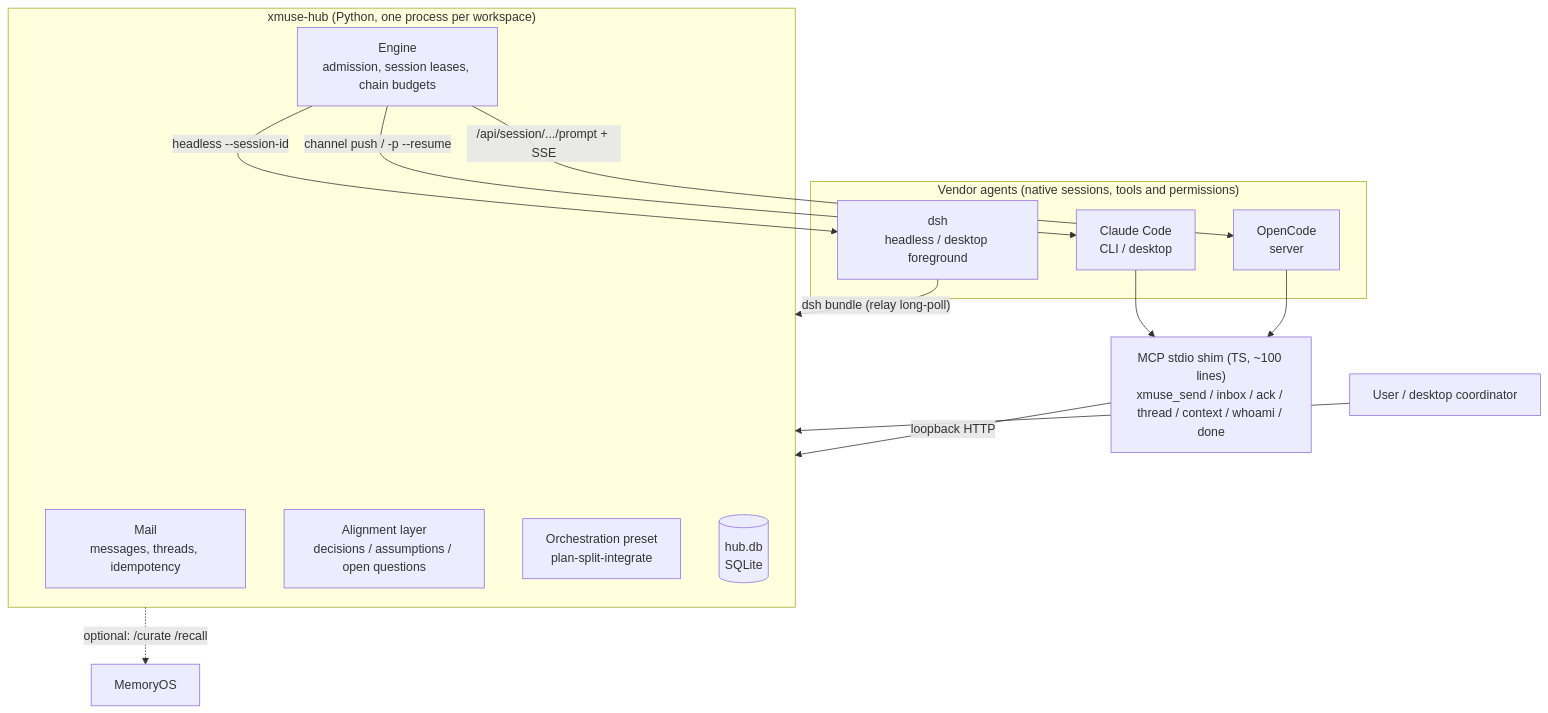
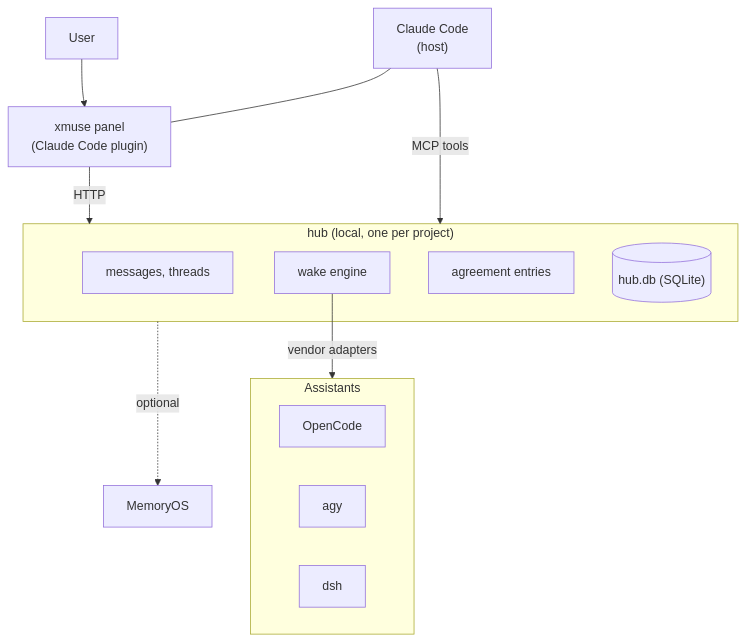
One commit to iiyazu/Cross-Muse changed the diagram in README.en.md. Above: the diagram before and after it, drawn with Mermaid. The commit also changed other lines of this file and 5 other files, not shown here.

````diff
--- a/README.en.md
+++ b/README.en.md
@@ -15,24 +24,20 @@
 ```mermaid
 flowchart TB
-  subgraph Agents["Vendor agents (native sessions, tools and permissions)"]
-    CC["Claude Code<br/>CLI / desktop"]
-    OC["OpenCode<br/>server"]
-    DSH["dsh<br/>headless / desktop foreground"]
+  USER["User"] --> PANEL["xmuse panel<br/>(Claude Code plugin)"]
+  CC["Claude Code<br/>(host)"] --- PANEL
+  subgraph HELPERS["Assistants"]
+    OC["OpenCode"]
+    AGY["agy"]
+    DSH["dsh"]
   end
-  SHIM["MCP stdio shim (TS, ~100 lines)<br/>xmuse_send / inbox / ack / thread / context / whoami / done"]
-  CC & OC --> SHIM
-  DSH -->|"dsh bundle (relay long-poll)"| HUB
-  SHIM -->|"loopback HTTP"| HUB
-  subgraph HUB["xmuse-hub (Python, one process per workspace)"]
-    MAIL["Mail<br/>messages, threads, idempotency"]
-    ENG["Engine<br/>admission, session leases, chain budgets"]
-    ALIGN["Alignment layer<br/>decisions / assumptions / open questions"]
-    PRE["Orchestration preset<br/>plan-split-integrate"]
-    DB[("hub.db<br/>SQLite")]
+  CC -->|"MCP tools"| HUB
+  PANEL -->|"HTTP"| HUB
+  subgraph HUB["hub (local, one per project)"]
+    MAIL["messages, threads"]
+    ENG["wake engine"]
+    ALIGN["agreement entries"]
+    DB[("hub.db (SQLite)")]
   end
-  ENG -->|"channel push / -p --resume"| CC
-  ENG -->|"/api/session/.../prompt + SSE"| OC
-  ENG -->|"headless --session-id"| DSH
-  HUB -.->|"optional: /curate /recall"| MO["MemoryOS"]
-  USER["User / desktop coordinator"] --> HUB
+  ENG -->|"vendor adapters"| HELPERS
+  HUB -.->|"optional"| MO["MemoryOS"]
 ```
````
